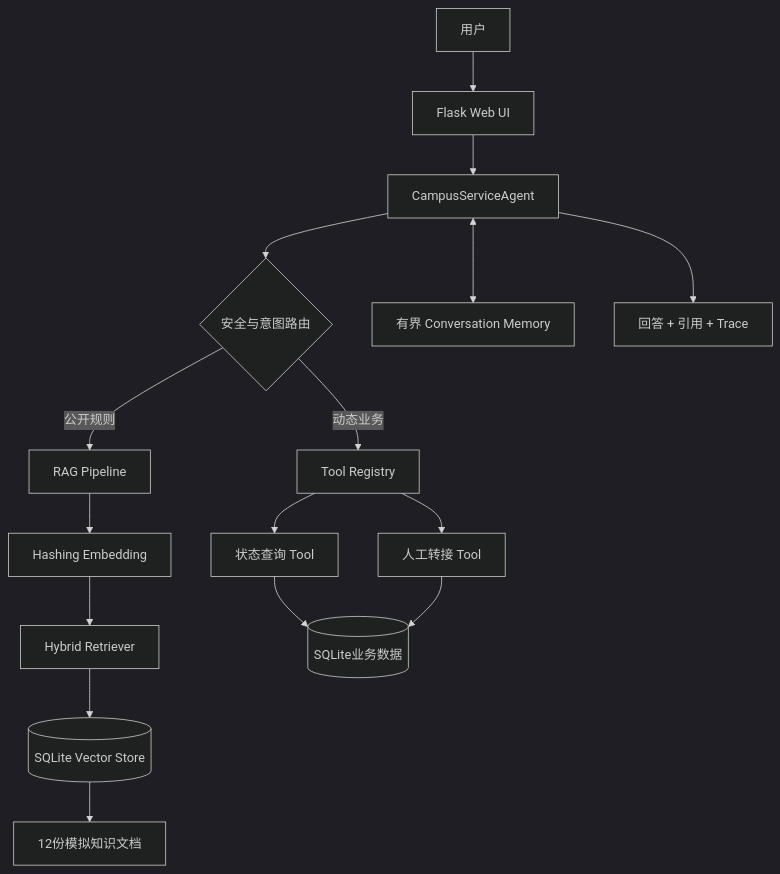
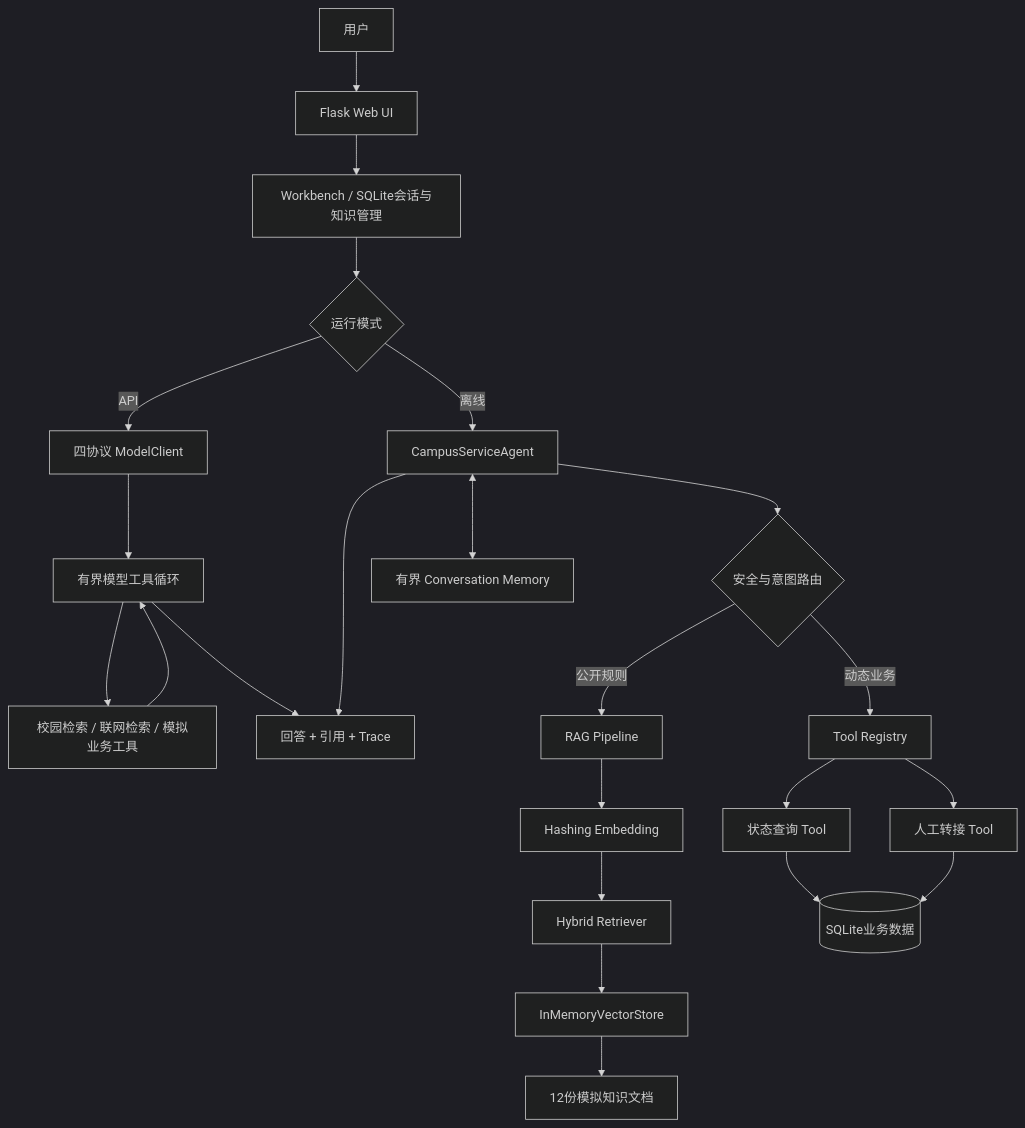
One commit to ben2py/campus-ai-service changed the diagram in 05_Final_Report/final_report.md. Above: the diagram before and after it, drawn with Mermaid (dark theme). The commit also changed other lines of this file and 349 other files, not shown here.

````diff
--- a/05_Final_Report/final_report.md
+++ b/05_Final_Report/final_report.md
@@ -90,18 +101,25 @@
 ```mermaid
 flowchart TD
     U[用户] --> UI[Flask Web UI]
-    UI --> A[CampusServiceAgent]
+    UI --> W[Workbench / SQLite会话与知识管理]
+    W --> MODE{运行模式}
+    MODE -->|API| L[四协议 ModelClient]
+    L --> LOOP[有界模型工具循环]
+    LOOP --> SEARCH[校园检索 / 联网检索 / 模拟业务工具]
+    SEARCH --> LOOP
+    LOOP --> O[回答 + 引用 + Trace]
+    MODE -->|离线| A[CampusServiceAgent]
     A --> S{安全与意图路由}
     S -->|公开规则| R[RAG Pipeline]
     R --> Q[Hashing Embedding]
     Q --> H[Hybrid Retriever]
-    H --> V[(SQLite Vector Store)]
+    H --> V[InMemoryVectorStore]
     V --> K[12份模拟知识文档]
     S -->|动态业务| T[Tool Registry]
     T --> TS[状态查询 Tool]
     T --> TH[人工转接 Tool]
     TS --> DB[(SQLite业务数据)]
     TH --> DB
     A <--> M[有界 Conversation Memory]
-    A --> O[回答 + 引用 + Trace]
+    A --> O
 ```
````
